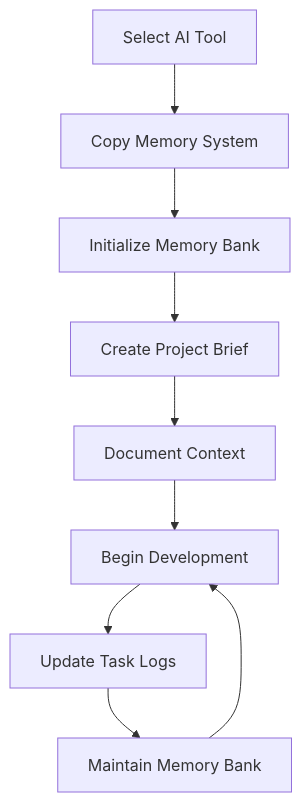
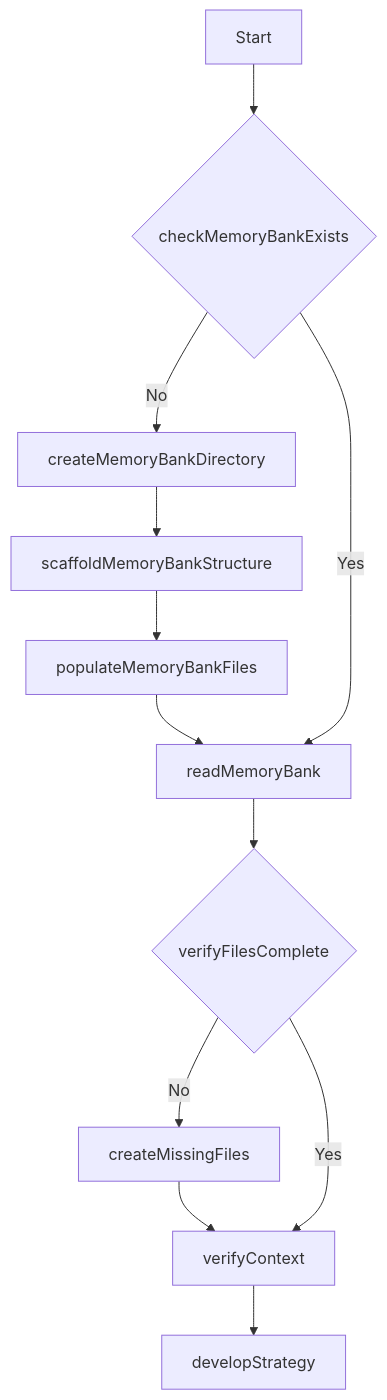
One commit to Elixir-Software-Developer/code-prompt-project changed the diagram in README.md. Above: the diagram before and after it, drawn with Mermaid. The commit also changed other lines of this file and 66 other files, not shown here.

````diff
--- a/README.md
+++ b/README.md
@@ -52,11 +67,20 @@
 ```mermaid
 flowchart TD
-    A[Select AI Tool] --> B[Copy Memory System]
-    B --> C[Initialize Memory Bank]
-    C --> D[Create Project Brief]
-    D --> E[Document Context]
-    E --> F[Begin Development]
-    F --> G[Update Task Logs]
-    G --> H[Maintain Memory Bank]
-    H --> F
+    Start[Start] --> checkMemoryBankExists{checkMemoryBankExists}
+    
+    checkMemoryBankExists -->|No| createMemoryBankDirectory[createMemoryBankDirectory]
+    createMemoryBankDirectory --> scaffoldMemoryBankStructure[scaffoldMemoryBankStructure]
+    scaffoldMemoryBankStructure --> populateMemoryBankFiles[populateMemoryBankFiles]
+    populateMemoryBankFiles --> readMemoryBank[readMemoryBank]
+    
+    checkMemoryBankExists -->|Yes| readMemoryBank
+    
+    readMemoryBank --> verifyFilesComplete{verifyFilesComplete}
+    
+    verifyFilesComplete -->|No| createMissingFiles[createMissingFiles]
+    createMissingFiles --> verifyContext[verifyContext]
+    
+    verifyFilesComplete -->|Yes| verifyContext
+    
+    verifyContext --> developStrategy[developStrategy]
 ```
````
